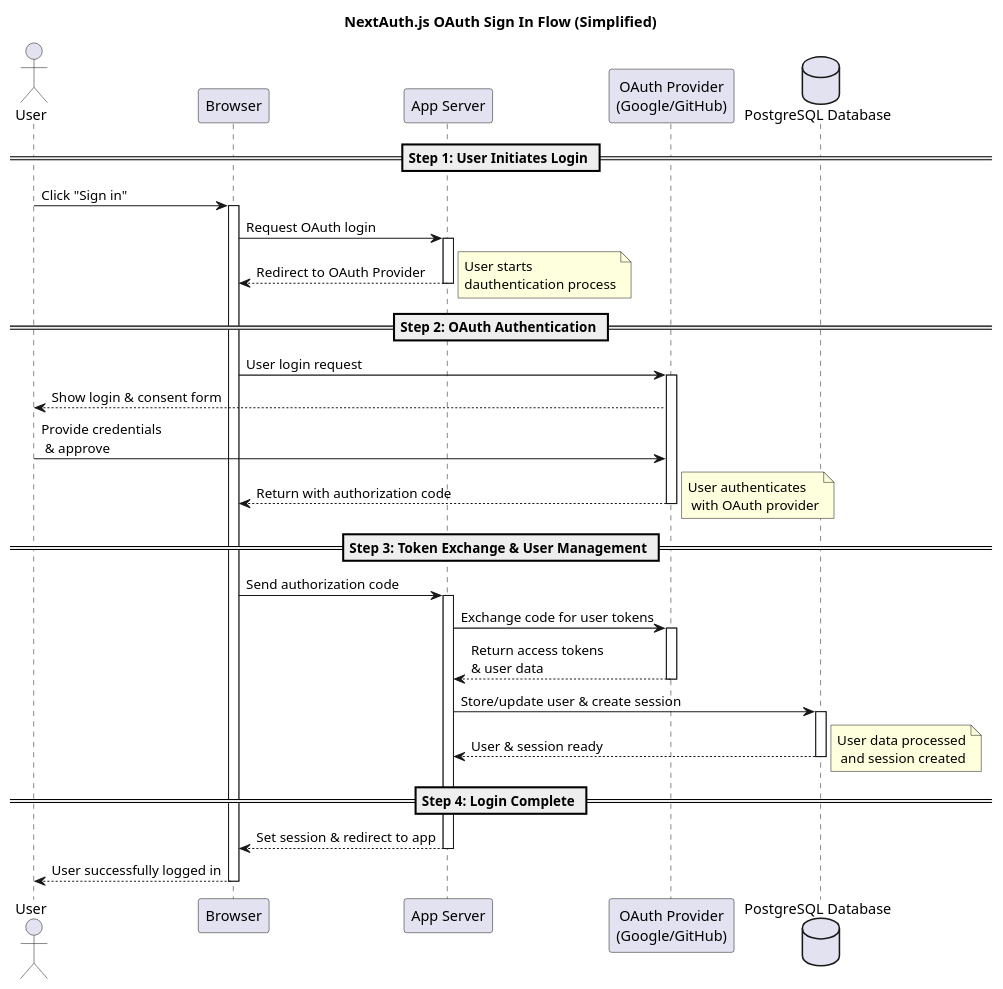
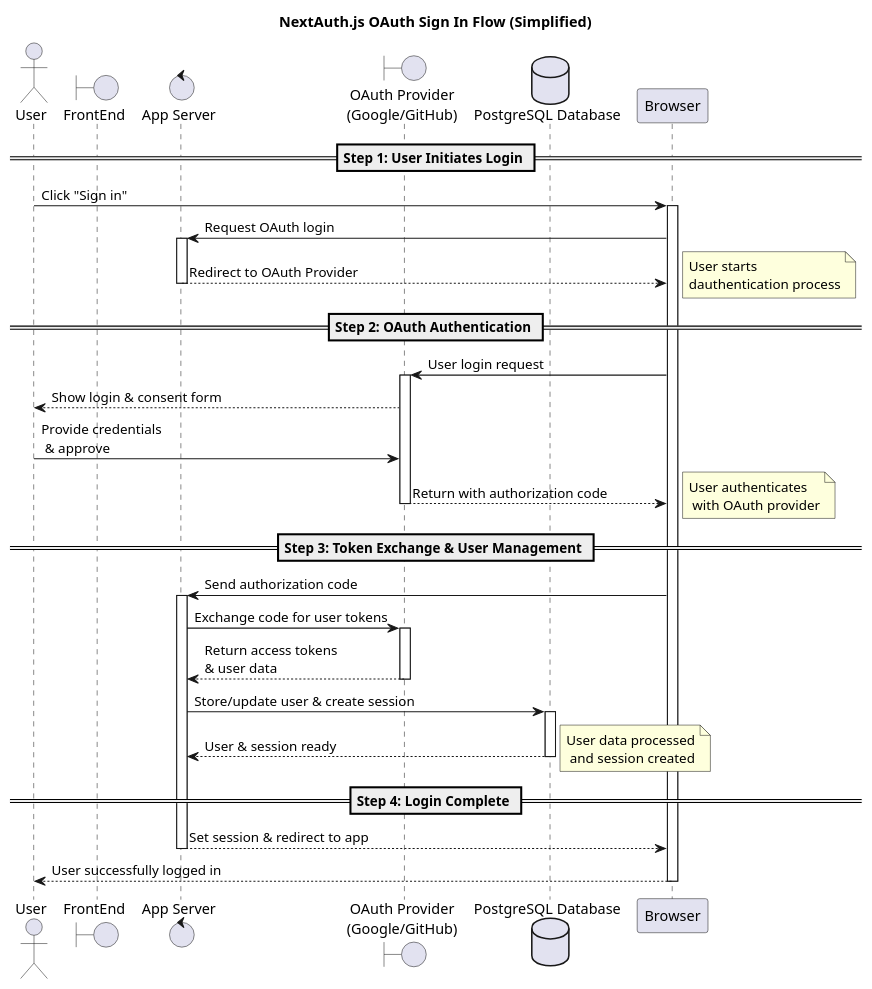
One commit to souhaib-askri/report_pfe changed the diagram in conception/SprintII/sequence_diagrams/sequence_authentication_1_1_AuthenticateUsingGoogleAccount.puml. Above: the diagram before and after it, drawn with PlantUML. The commit also changed 32 other files, not shown here.

```diff
--- a/conception/SprintII/sequence_diagrams/sequence_authentication_1_1_AuthenticateUsingGoogleAccount.puml
+++ b/conception/SprintII/sequence_diagrams/sequence_authentication_1_1_AuthenticateUsingGoogleAccount.puml
@@ -1,49 +1,49 @@
 @startuml
 title NextAuth.js OAuth Sign In Flow (Simplified)
 
 actor User
-participant Browser
-participant "App Server" as AppServer
-participant "OAuth Provider\n(Google/GitHub)" as Provider
+boundary FrontEnd
+control "App Server" as AppServer
+boundary "OAuth Provider\n(Google/GitHub)" as Provider
 database "PostgreSQL Database" as PostgresDB
 
 == Step 1: User Initiates Login ==
 User -> Browser: Click "Sign in"
 activate Browser
 Browser -> AppServer: Request OAuth login
 activate AppServer
 AppServer --> Browser: Redirect to OAuth Provider
 deactivate AppServer
 note right: User starts \ndauthentication process
 
 == Step 2: OAuth Authentication ==
 Browser -> Provider: User login request
 activate Provider
 Provider --> User: Show login & consent form
 User -> Provider: Provide credentials\n & approve
 Provider --> Browser: Return with authorization code
 deactivate Provider
 note right: User authenticates\n with OAuth provider
 
 == Step 3: Token Exchange & User Management ==
 Browser -> AppServer: Send authorization code
 activate AppServer
 AppServer -> Provider: Exchange code for user tokens
 activate Provider
 Provider --> AppServer: Return access tokens \n& user data
 deactivate Provider
 
 AppServer -> PostgresDB: Store/update user & create session
 activate PostgresDB
 PostgresDB --> AppServer: User & session ready
 deactivate PostgresDB
 note right: User data processed\n and session created
 
 == Step 4: Login Complete ==
 AppServer --> Browser: Set session & redirect to app
 deactivate AppServer
 Browser --> User: User successfully logged in
 deactivate Browser
 
 
 @enduml
```
